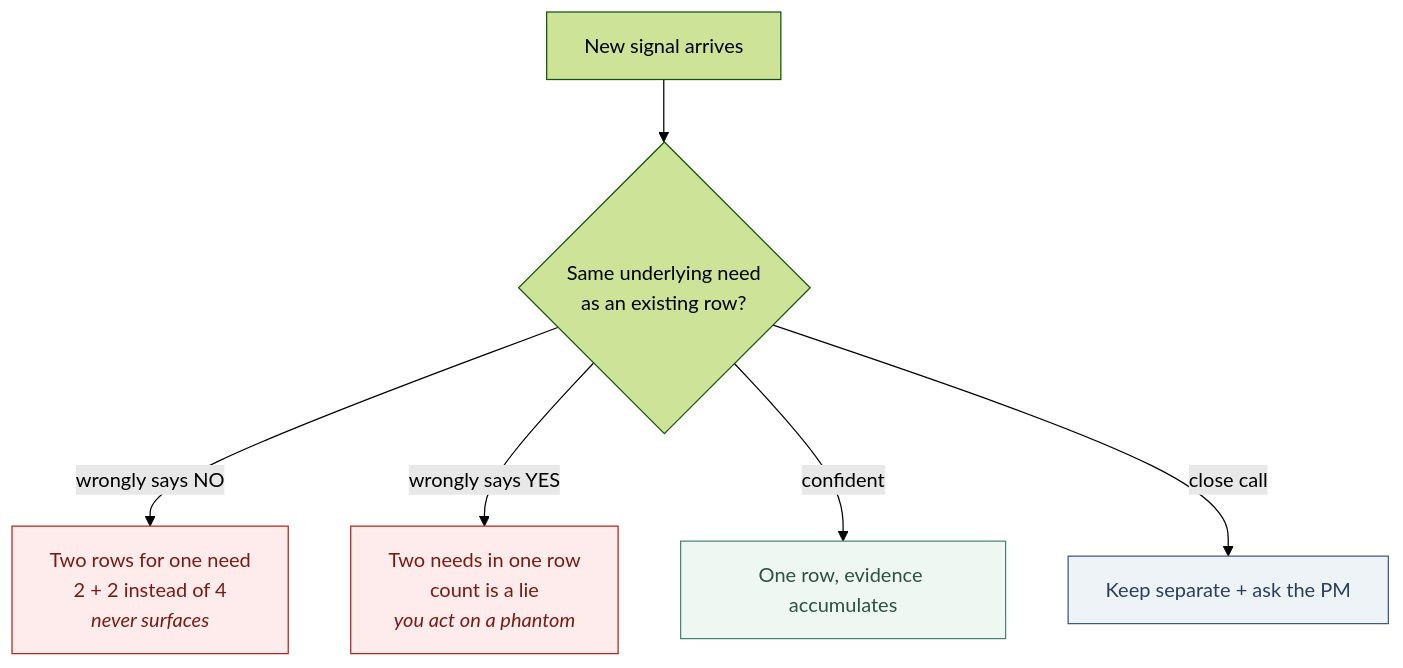
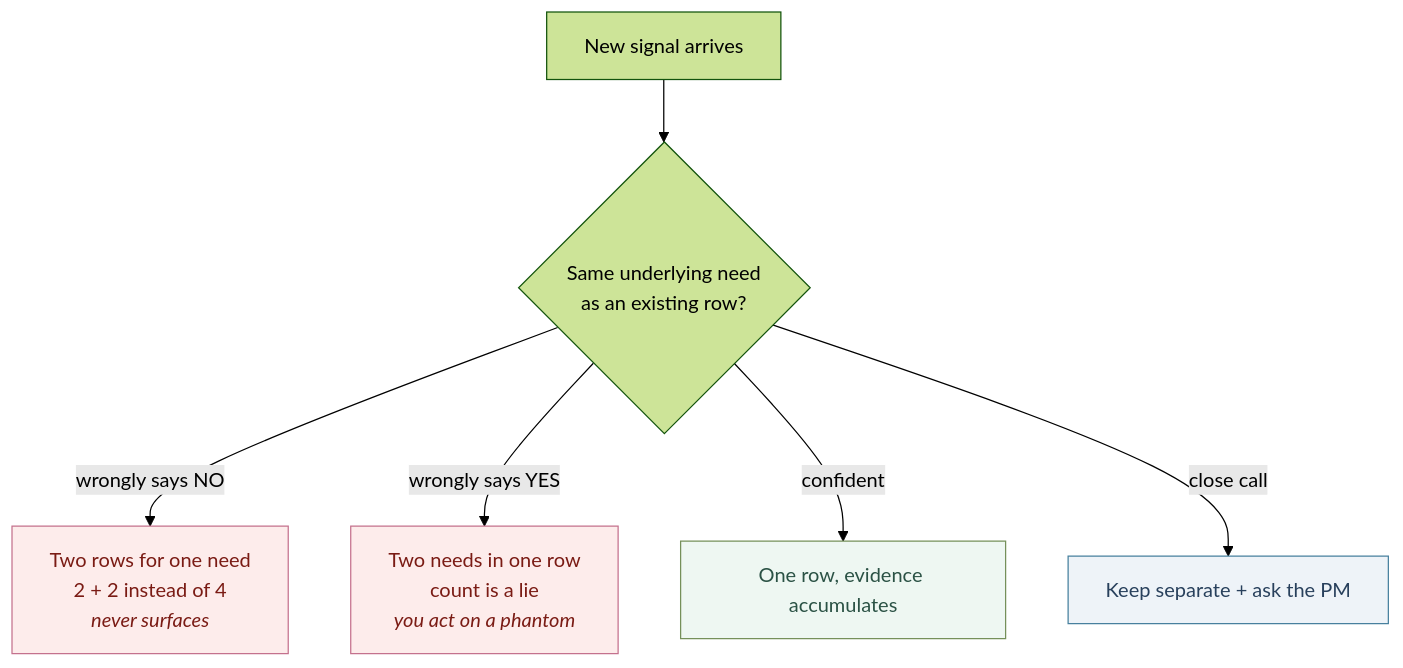
One commit to barbararomeira/product-discovery-agents changed the fourth of 5 diagrams in docs/architecture.md. Above: the diagram before and after it, drawn with Mermaid (forest theme). The commit also changed other lines of this file and 22 other files, not shown here.

````diff
--- a/docs/architecture.md
+++ b/docs/architecture.md
@@ -125,12 +125,12 @@
 ```mermaid
 flowchart TB
     N["New signal arrives"] --> J{"Same underlying need<br/>as an existing row?"}
     J -->|"wrongly says NO"| A["Two rows for one need<br/>2 + 2 instead of 4<br/><i>never surfaces</i>"]:::bad
     J -->|"wrongly says YES"| B["Two needs in one row<br/>count is a lie<br/><i>you act on a phantom</i>"]:::bad
     J -->|"confident"| G["One row, evidence accumulates"]:::good
     J -->|"close call"| E["Keep separate + ask the PM"]:::ok
 
-    classDef bad fill:#fdeceb,stroke:#b3261e,color:#7a1b14;
-    classDef good fill:#eef7f2,stroke:#4C8577,color:#2b5245;
-    classDef ok fill:#eef3f8,stroke:#3D5A80,color:#28405c;
+    classDef bad fill:#fdeceb,stroke:#C4718D,color:#7a1b14;
+    classDef good fill:#eef7f2,stroke:#75905A,color:#2b5245;
+    classDef ok fill:#eef3f8,stroke:#47809E,color:#28405c;
 ```
````
